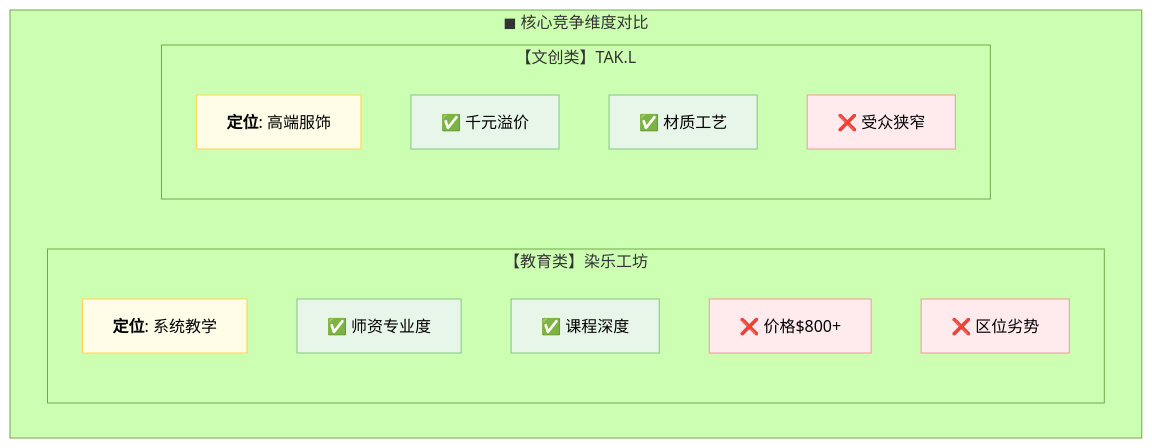
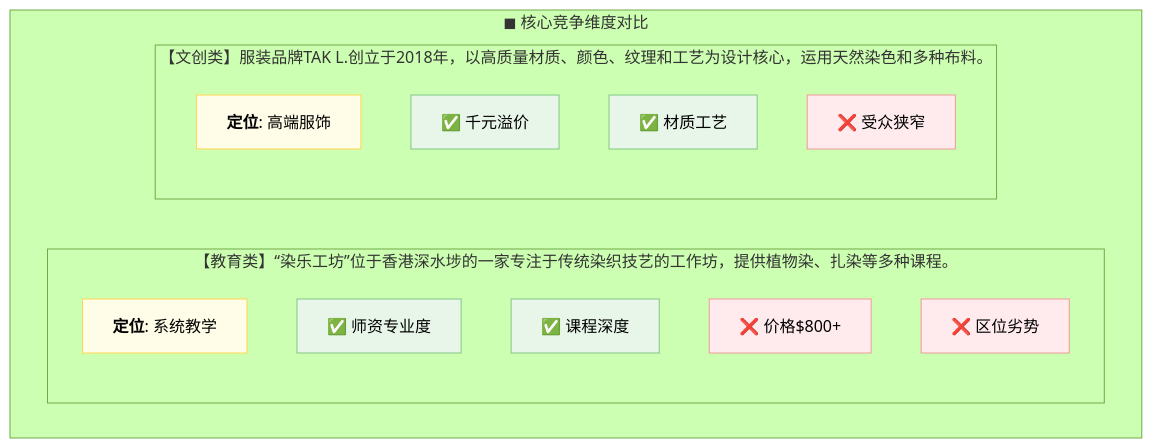
One commit to NaturalRice/git-demo changed the second of 2 diagrams in README.md. Above: the diagram before and after it, drawn with Mermaid (forest theme).

````diff
--- a/README.md
+++ b/README.md
@@ -21,24 +21,24 @@
 ```mermaid
 flowchart TD
     classDef comp fill:#fffde7,stroke:#ffd54f
     classDef pros fill:#e8f5e9,stroke:#81c784
     classDef cons fill:#ffebee,stroke:#ef9a9a
 
     subgraph 竞争维度对比["◼ 核心竞争维度对比"]
         direction LR
-        subgraph 教育竞品["【教育类】染乐工坊"]
+        subgraph 教育竞品["【教育类】“染乐工坊”位于香港深水埗的一家专注于传统染织技艺的工作坊，提供植物染、扎染等多种课程。"]
             A1["<b>定位</b>: 系统教学"]:::comp
             A2["✅ 师资专业度"]:::pros
             A3["✅ 课程深度"]:::pros
             A4["❌ 价格$800+"]:::cons
             A5["❌ 区位劣势"]:::cons
         end
 
-        subgraph 文创竞品["【文创类】TAK.L"]
+        subgraph 文创竞品["【文创类】服装品牌TAK L.创立于2018年，以高质量材质、颜色、纹理和工艺为设计核心，运用天然染色和多种布料。"]
             B1["<b>定位</b>: 高端服饰"]:::comp
             B2["✅ 千元溢价"]:::pros
             B3["✅ 材质工艺"]:::pros
             B4["❌ 受众狭窄"]:::cons
         end
     end
 ```
````
